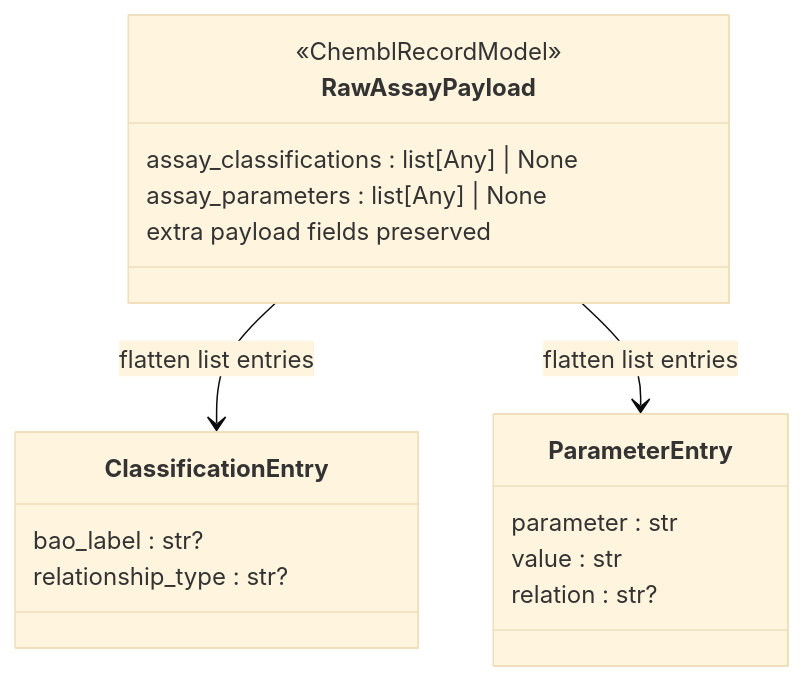
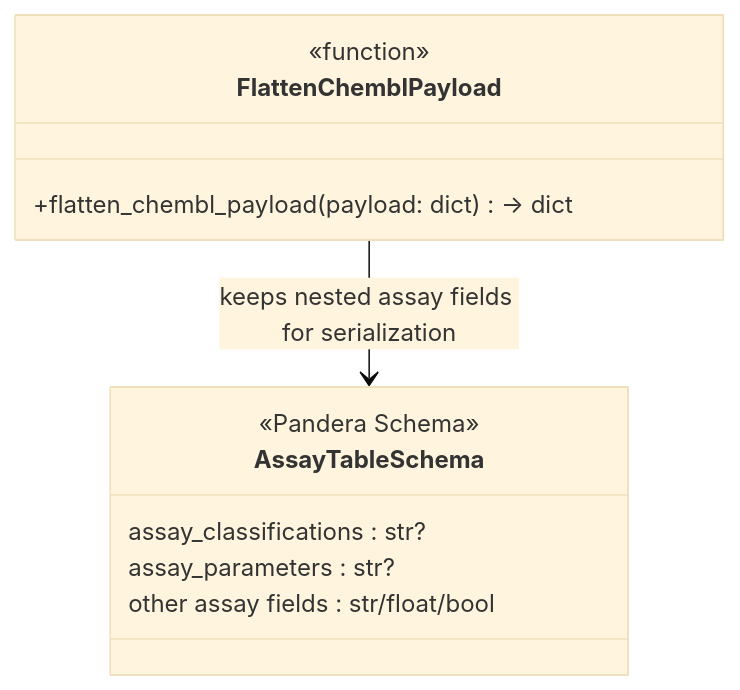
One commit to SatoryKono/BioactivityDataAcquisition changed the diagram in docs/architecture/diagrams/class/31-assay-model-structure.mmd. Above: the diagram before and after it, drawn with Mermaid (base theme). The commit also changed 57 other files, not shown here.

```diff
--- a/docs/architecture/diagrams/class/31-assay-model-structure.mmd
+++ b/docs/architecture/diagrams/class/31-assay-model-structure.mmd
@@ -1,20 +1,14 @@
 %%{init: {"class": {"domainPrimary": {"fill": "#f5f5f5", "stroke": "#444", "strokeWidth": 1.5, "color": "#111", "fontSize": "22px"}, "domainSecondary": {"fill": "#e3e7ec", "stroke": "#555", "strokeWidth": 1.2, "color": "#111", "fontSize": "18px"}, "interface": {"fill": "#dde7f2", "stroke": "#44546a", "strokeWidth": 1.5, "color": "#111", "fontSize": "22px"}}}}%%
 classDiagram
-    class RawAssayPayload {
-        <<ChemblRecordModel>>
-        assay_classifications : list[Any] | None
-        assay_parameters : list[Any] | None
-        extra payload fields preserved
+    class FlattenChemblPayload {
+        <<function>>
+        +flatten_chembl_payload(payload: dict) -> dict
     }
-    class ClassificationEntry {
-        bao_label : str?
-        relationship_type : str?
-    }
-    class ParameterEntry {
-        parameter : str
-        value : str
-        relation : str?
+    class AssayTableSchema {
+        <<Pandera Schema>>
+        assay_classifications : str?
+        assay_parameters : str?
+        other assay fields : str/float/bool
     }
 
-    RawAssayPayload --> ClassificationEntry : flatten list entries
-    RawAssayPayload --> ParameterEntry : flatten list entries
+    FlattenChemblPayload --> AssayTableSchema : keeps nested assay fields for serialization
```
